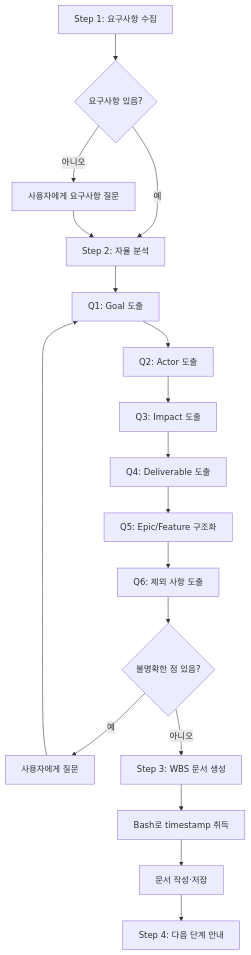
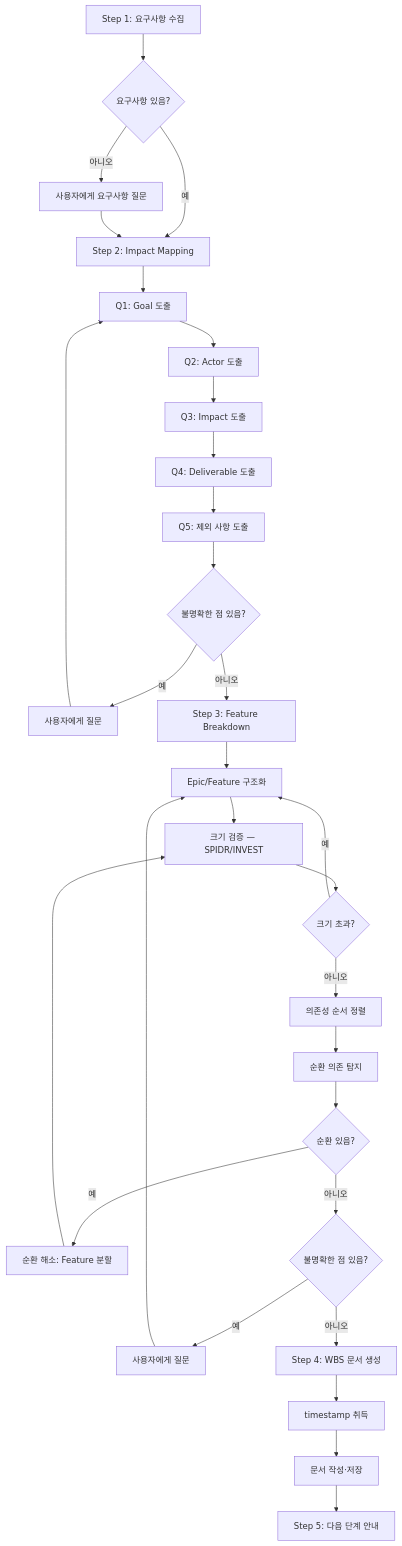
One commit to kslhunter/simplysm changed the diagram in .claude/skills/sd-wbs/SKILL.md. Above: the diagram before and after it, drawn with Mermaid. The commit also changed other lines of this file and 72 other files, not shown here.

````diff
--- a/.claude/skills/sd-wbs/SKILL.md
+++ b/.claude/skills/sd-wbs/SKILL.md
@@ -18,21 +12,30 @@
 ```mermaid
 flowchart TD
     S1[Step 1: 요구사항 수집] --> S1_C{요구사항 있음?}
-    S1_C -- 예 --> S2[Step 2: 자율 분석]
+    S1_C -- 예 --> S2[Step 2: Impact Mapping]
     S1_C -- 아니오 --> S1_Q[사용자에게 요구사항 질문] --> S2
 
     S2 --> S2_Q1[Q1: Goal 도출]
     S2_Q1 --> S2_Q2[Q2: Actor 도출]
     S2_Q2 --> S2_Q3[Q3: Impact 도출]
     S2_Q3 --> S2_Q4[Q4: Deliverable 도출]
-    S2_Q4 --> S2_Q5[Q5: Epic/Feature 구조화]
-    S2_Q5 --> S2_Q6[Q6: 제외 사항 도출]
+    S2_Q4 --> S2_Q5[Q5: 제외 사항 도출]
+    S2_Q5 --> S2_C{불명확한 점 있음?}
+    S2_C -- 예 --> S2_ASK[사용자에게 질문] --> S2_Q1
+    S2_C -- 아니오 --> S3[Step 3: Feature Breakdown]
 
-    S2_Q6 --> S2_C{불명확한 점 있음?}
-    S2_C -- 예 --> S2_ASK[사용자에게 질문] --> S2_Q1
-    S2_C -- 아니오 --> S3[Step 3: WBS 문서 생성]
+    S3 --> S3_1[Epic/Feature 구조화]
+    S3_1 --> S3_2[크기 검증 — SPIDR/INVEST]
+    S3_2 --> S3_3{크기 초과?}
+    S3_3 -- 예 --> S3_1
+    S3_3 -- 아니오 --> S3_4[의존성 순서 정렬]
+    S3_4 --> S3_5[순환 의존 탐지]
+    S3_5 --> S3_5C{순환 있음?}
+    S3_5C -- 예 --> S3_5R[순환 해소: Feature 분할] --> S3_2
+    S3_5C -- 아니오 --> S3_6{불명확한 점 있음?}
+    S3_6 -- 예 --> S3_ASK[사용자에게 질문] --> S3_1
+    S3_6 -- 아니오 --> S4[Step 4: WBS 문서 생성]
 
-    S3 --> S3_TS[Bash로 timestamp 취득] --> S3_W[문서 작성·저장]
-
-    S3_W --> S4[Step 4: 다음 단계 안내]
+    S4 --> S4_TS[timestamp 취득] --> S4_W[문서 작성·저장]
+    S4_W --> S5[Step 5: 다음 단계 안내]
 ```
````
